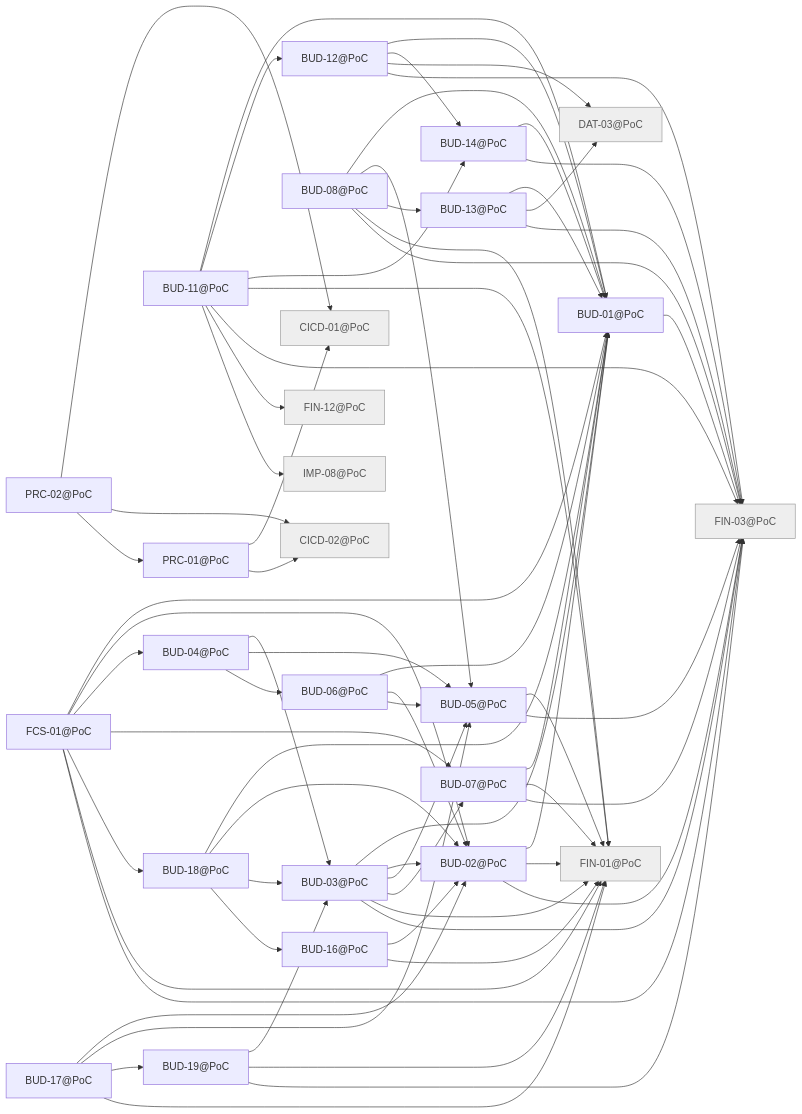
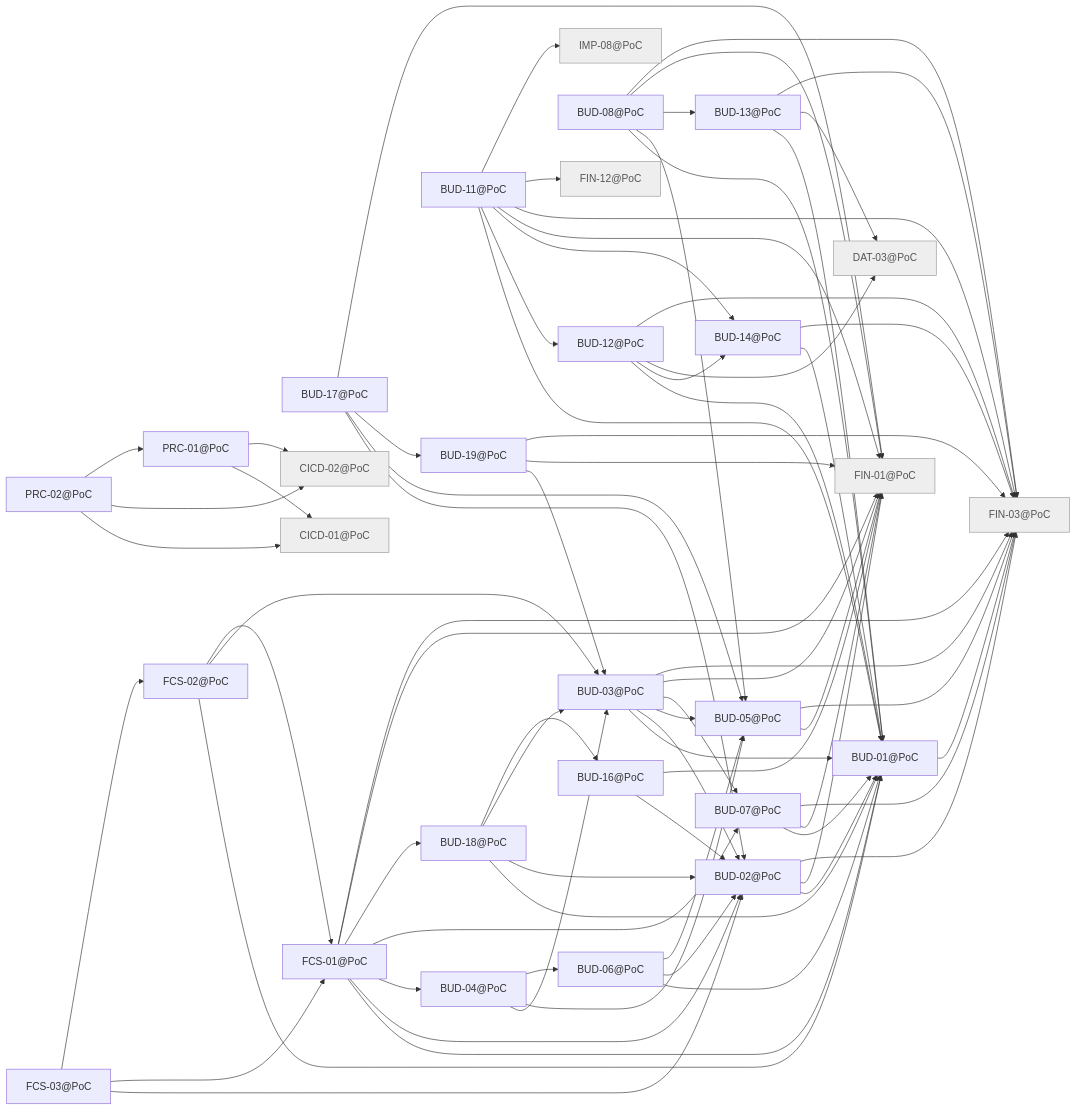
One commit to minakovval/Willowsum changed the diagram in docs/traceability/release-poc.md. Above: the diagram before and after it, drawn with Mermaid. The commit also changed other lines of this file and 14 other files, not shown here.

```diff
--- a/docs/traceability/release-poc.md
+++ b/docs/traceability/release-poc.md
@@ -54,6 +56,8 @@
   CICD_02_PoC["CICD-02@PoC"]
   DAT_03_PoC["DAT-03@PoC"]
   FCS_01_PoC["FCS-01@PoC"]
+  FCS_02_PoC["FCS-02@PoC"]
+  FCS_03_PoC["FCS-03@PoC"]
   FIN_01_PoC["FIN-01@PoC"]
   FIN_03_PoC["FIN-03@PoC"]
   FIN_12_PoC["FIN-12@PoC"]
@@ -122,6 +126,12 @@
   FCS_01_PoC --> BUD_18_PoC
   FCS_01_PoC --> FIN_01_PoC
   FCS_01_PoC --> FIN_03_PoC
+  FCS_02_PoC --> BUD_01_PoC
+  FCS_02_PoC --> BUD_03_PoC
+  FCS_02_PoC --> FCS_01_PoC
+  FCS_03_PoC --> BUD_02_PoC
+  FCS_03_PoC --> FCS_01_PoC
+  FCS_03_PoC --> FCS_02_PoC
   PRC_01_PoC --> CICD_01_PoC
   PRC_01_PoC --> CICD_02_PoC
   PRC_02_PoC --> CICD_01_PoC
```
